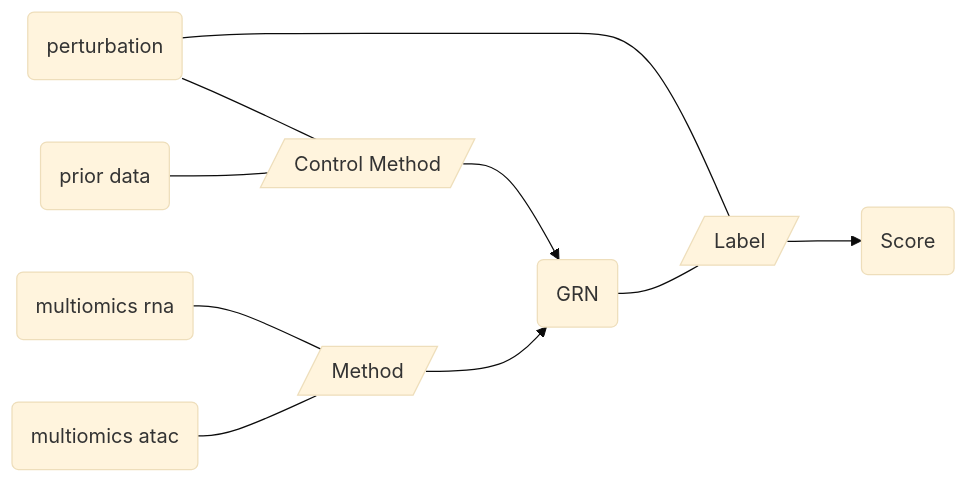
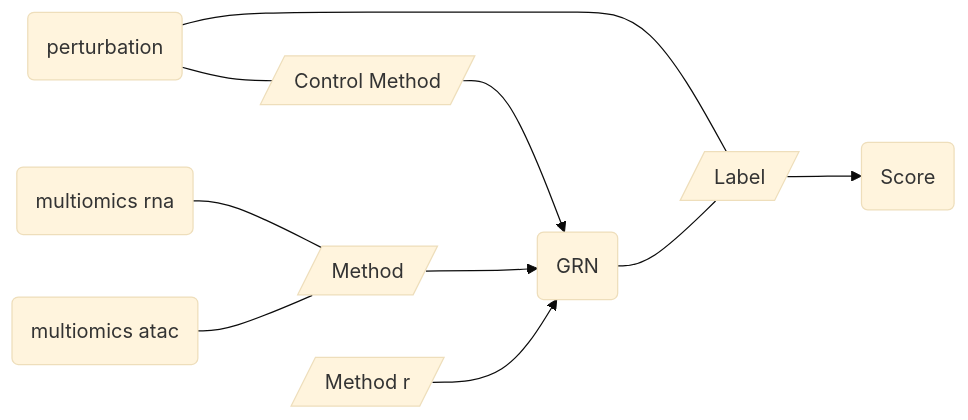
Before and after one commit to openproblems-bio/task_grn_inference: the diagram in README.md, drawn with Mermaid (base theme). The commit also changed other lines of this file, not shown here.

````diff
--- a/README.md
+++ b/README.md
@@ -111,21 +110,21 @@
 ``` mermaid
 flowchart LR
   file_perturbation_h5ad("perturbation")
   comp_control_method[/"Control Method"/]
   comp_metric[/"Label"/]
   file_prediction("GRN")
   file_score("Score")
-  file_prior("prior data")
   file_multiomics_rna_h5ad("multiomics rna")
   comp_method[/"Method"/]
   file_multiomics_atac_h5ad("multiomics atac")
+  comp_method_r[/"Method r"/]
   file_perturbation_h5ad---comp_control_method
   file_perturbation_h5ad---comp_metric
   comp_control_method-->file_prediction
   comp_metric-->file_score
   file_prediction---comp_metric
-  file_prior---comp_control_method
   file_multiomics_rna_h5ad---comp_method
   comp_method-->file_prediction
   file_multiomics_atac_h5ad---comp_method
+  comp_method_r-->file_prediction
 ```
````
